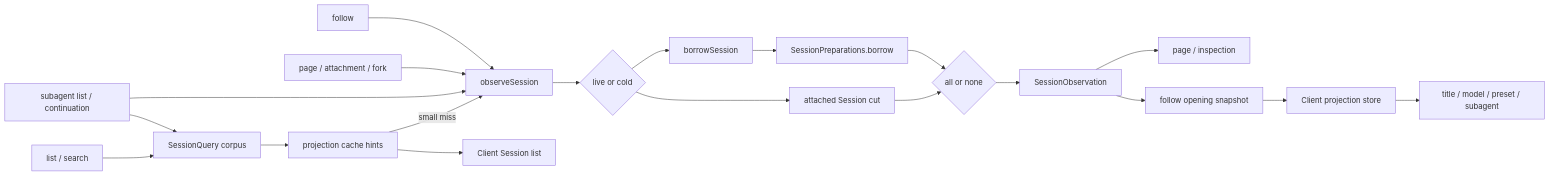
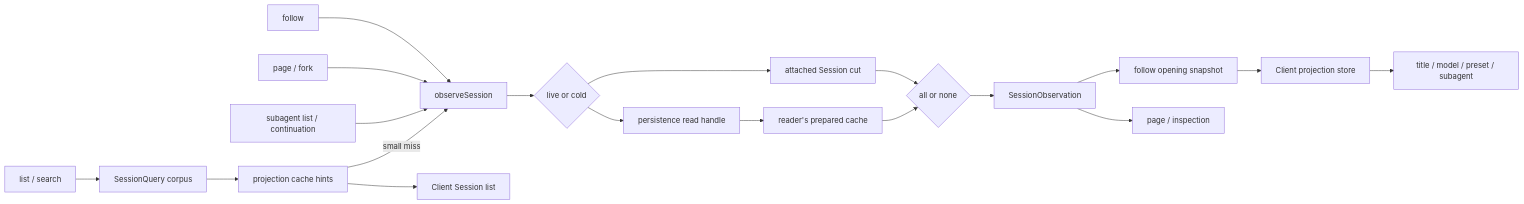
The diagram in .agents/notes/implemented/architecture/2026-08-25-session-observations-and-projection-owned-client-state.md (Yzxx-love/deepseek-harness), drawn with Mermaid before and after one commit. The commit also changed other lines of this file and 21355 other files, not shown here.

````diff
--- a/.agents/notes/implemented/architecture/2026-08-25-session-observations-and-projection-owned-client-state.md
+++ b/.agents/notes/implemented/architecture/2026-08-25-session-observations-and-projection-owned-client-state.md
@@ -23,22 +23,21 @@
 ```mermaid
 flowchart LR
   List["list / search"] --> Corpus["SessionQuery corpus"]
   Follow["follow"] --> Observe["observeSession"]
-  Page["page / attachment / fork"] --> Observe
-  Subagent["subagent list / continuation"] --> Corpus
-  Subagent --> Observe
+  Page["page / fork"] --> Observe
+  Subagent["subagent list / continuation"] --> Observe
   Corpus --> Cache["projection cache hints"]
   Cache --> ClientList["Client Session list"]
   Cache -->|"small miss"| Observe
   Observe --> Source{"live or cold"}
   Source --> Live["attached Session cut"]
-  Source --> Borrow["borrowSession"]
-  Borrow --> Prepared["SessionPreparations.borrow"]
+  Source --> Borrow["persistence read handle"]
+  Borrow --> Prepared["reader's prepared cache"]
   Live --> Mode{"all or none"}
   Prepared --> Mode
   Mode --> Snapshot["SessionObservation"]
   Snapshot --> Opening["follow opening snapshot"]
   Snapshot --> Read["page / inspection"]
   Opening --> Store["Client projection store"]
   Store --> Domain["title / model / preset / subagent"]
 ```
````
